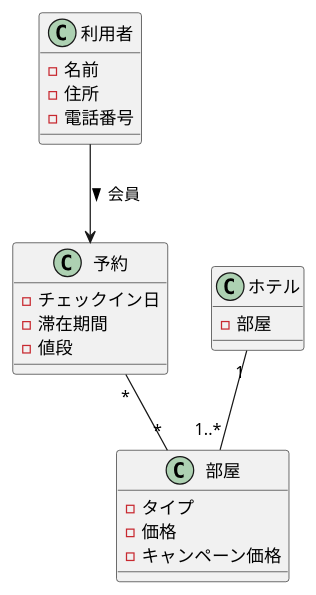
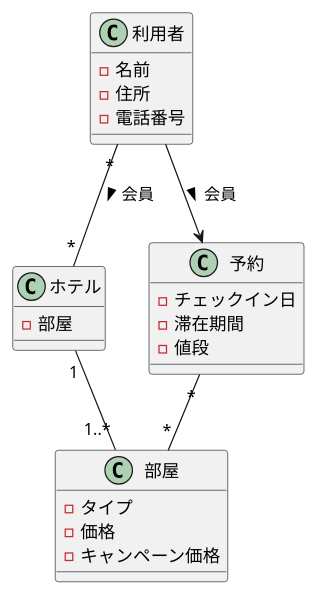
One commit to eumura123/uml-introduction changed the diagram in 演習3-3_CL_ホテルと利用者と部屋と予約.pu. Above: the diagram before and after it, drawn with PlantUML. The commit also changed 1 other file, not shown here.

```diff
--- a/演習3-3_CL_ホテルと利用者と部屋と予約.pu
+++ b/演習3-3_CL_ホテルと利用者と部屋と予約.pu
@@ -1,23 +1,24 @@
 @startuml  
 class 利用者{
 - 名前
 - 住所
 - 電話番号
 }
 class ホテル{
 - 部屋
 }
 class 部屋{
 - タイプ
 - 価格
 - キャンペーン価格
 }
 class 予約{
 - チェックイン日
 - 滞在期間
 - 値段
 }
 利用者 --> 予約:会員 >
 予約"*" -- "*"部屋
 ホテル"1" -- "1..*"部屋
+利用者"*" -- "*"ホテル:会員 >
 @enduml
```
